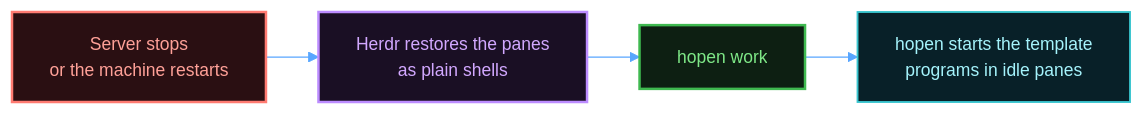
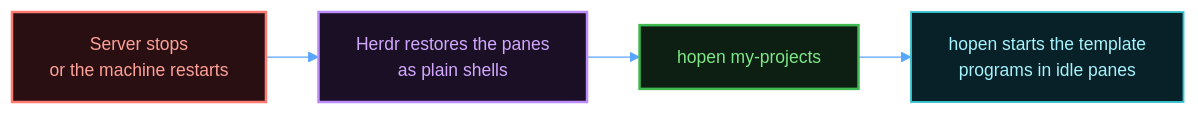
Before and after one commit to MussaCharles/herdspace: the second of 2 diagrams in docs/templates.md, drawn with Mermaid. The commit also changed other lines of this file and 11 other files, not shown here.

````diff
--- a/docs/templates.md
+++ b/docs/templates.md
@@ -130,20 +130,20 @@
 ```mermaid
 %%{init: {'theme': 'base', 'themeVariables': {
   'fontFamily': 'Menlo, Consolas, Courier New, monospace', 'fontSize': '14px',
   'primaryColor': '#0d1117', 'primaryTextColor': '#e6edf3', 'primaryBorderColor': '#3fb950',
   'textColor': '#e6edf3', 'lineColor': '#58a6ff', 'secondaryColor': '#161b22', 'tertiaryColor': '#0d1117',
   'edgeLabelBackground': '#0b0f14', 'clusterBkg': '#0b0f14', 'clusterBorder': '#30363d', 'titleColor': '#d2a8ff',
   'actorBkg': '#0d1f12', 'actorBorder': '#3fb950', 'actorTextColor': '#7ee787', 'actorLineColor': '#30363d',
   'signalColor': '#58a6ff', 'signalTextColor': '#e6edf3', 'sequenceNumberColor': '#0b0f14'
 }, 'flowchart': {'curve': 'basis', 'nodeSpacing': 34, 'rankSpacing': 42, 'wrappingWidth': 340}}}%%
 flowchart LR
   classDef cmd fill:#0d1f12,stroke:#3fb950,stroke-width:2px,color:#7ee787
   classDef step fill:#0d1117,stroke:#58a6ff,stroke-width:1.5px,color:#c9e1ff
   classDef ask fill:#2a2000,stroke:#e3b341,stroke-width:2px,color:#f2cc60
   classDef host fill:#1a0f24,stroke:#bc8cff,stroke-width:2px,color:#d2a8ff
   classDef data fill:#082028,stroke:#39c5cf,stroke-width:1.5px,color:#a5f3fc
   classDef stop fill:#2a0f12,stroke:#ff7b72,stroke-width:2px,color:#ffa198
   stop["Server stops<br/>or the machine restarts"]:::stop --> back["Herdr restores the panes<br/>as plain shells"]:::host
-  back --> hopen["hopen work"]:::cmd
+  back --> hopen["hopen my-projects"]:::cmd
   hopen --> again["hopen starts the template<br/>programs in idle panes"]:::data
 ```
````
